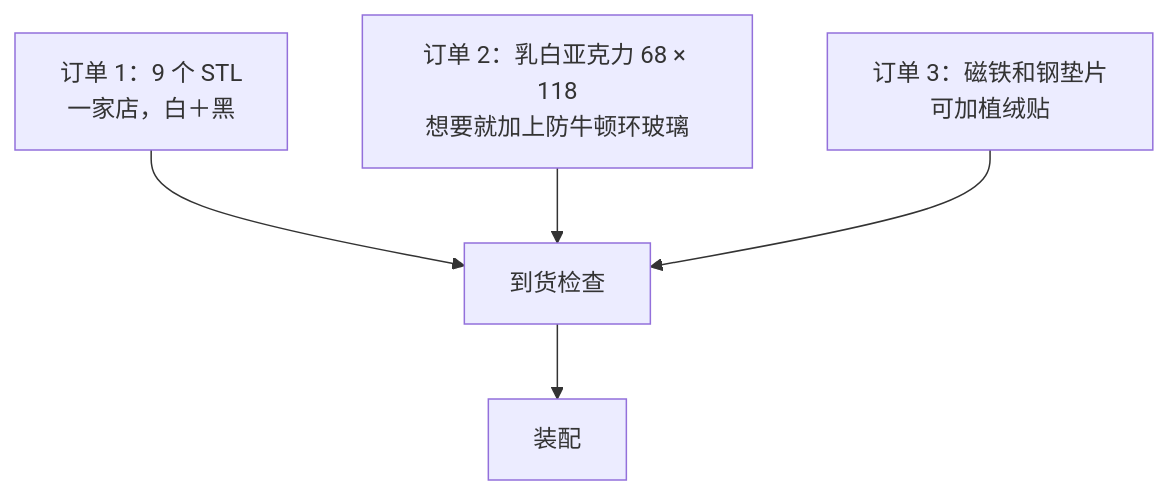
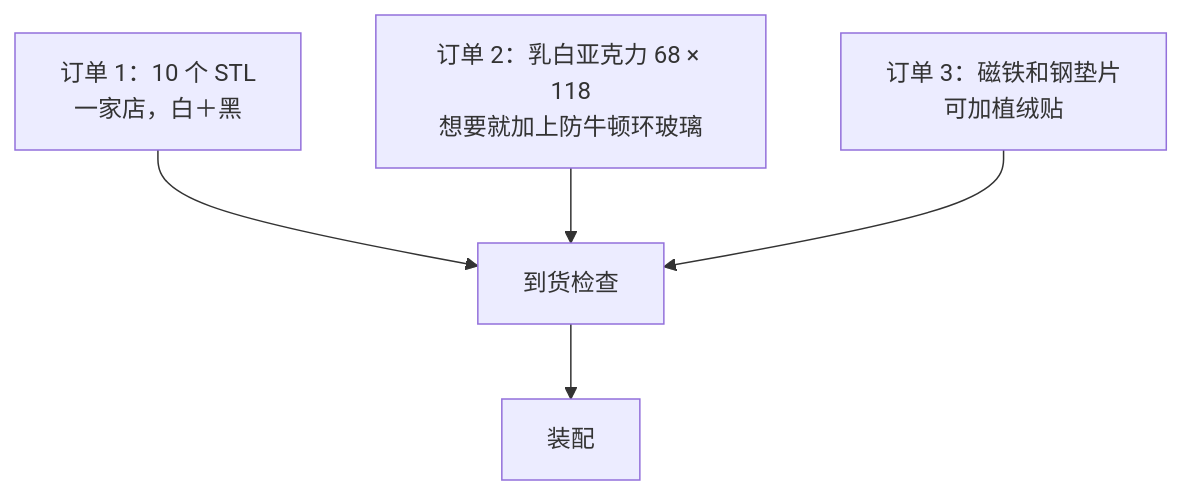
The diagram in docs/bom.zh-CN.md (Neoanaloglab/Neobox), drawn with Mermaid before and after one commit. The commit also changed other lines of this file and 42 other files, not shown here.

````diff
--- a/docs/bom.zh-CN.md
+++ b/docs/bom.zh-CN.md
@@ -176,7 +177,7 @@
 ```mermaid
 flowchart TD
-  A[订单 1：9 个 STL<br/>一家店，白＋黑] --> D[到货检查]
+  A[订单 1：10 个 STL<br/>一家店，白＋黑] --> D[到货检查]
   B[订单 2：乳白亚克力 68 × 118<br/>想要就加上防牛顿环玻璃] --> D
   C[订单 3：磁铁和钢垫片<br/>可加植绒贴] --> D
   D --> E[装配]
 ```
````
